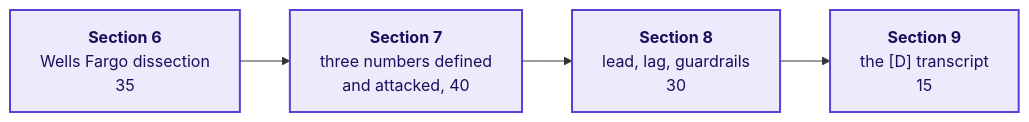
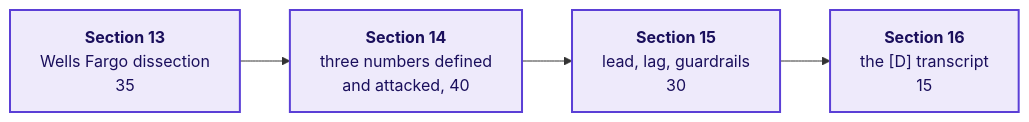
Before and after one commit to fde-academy-lab/c2-content-factory: the diagram in content/W04/D1/trainer/C2_W04_D01_fallback_note_TRAINER.md, drawn with Mermaid. The commit also changed other lines of this file and 7 other files, not shown here.

````diff
--- a/content/W04/D1/trainer/C2_W04_D01_fallback_note_TRAINER.md
+++ b/content/W04/D1/trainer/C2_W04_D01_fallback_note_TRAINER.md
@@ -18,6 +18,6 @@
 ```mermaid
 flowchart LR
-    A["<b>Section 6</b><br/>Wells Fargo dissection<br/>35"] --> B["<b>Section 7</b><br/>three numbers defined<br/>and attacked, 40"] --> C["<b>Section 8</b><br/>lead, lag, guardrails<br/>30"] --> D["<b>Section 9</b><br/>the [D] transcript<br/>15"]
+    A["<b>Section 13</b><br/>Wells Fargo dissection<br/>35"] --> B["<b>Section 14</b><br/>three numbers defined<br/>and attacked, 40"] --> C["<b>Section 15</b><br/>lead, lag, guardrails<br/>30"] --> D["<b>Section 16</b><br/>the [D] transcript<br/>15"]
     classDef known fill:#EEEAFB,stroke:#5B3FD6,color:#1A0F5C,stroke-width:2px
     class A,B,C,D known
 ```
````
